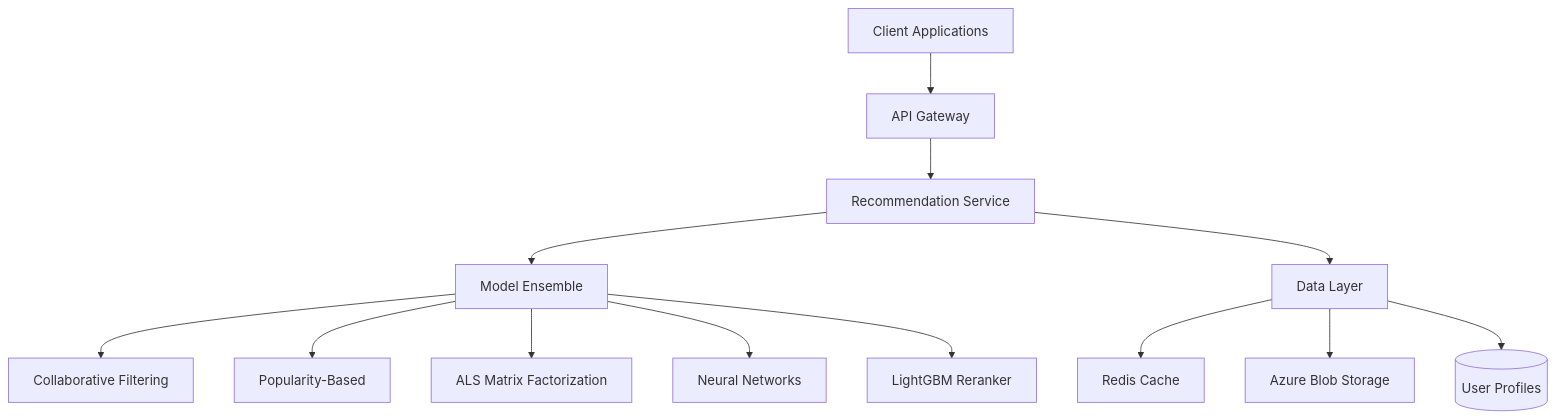
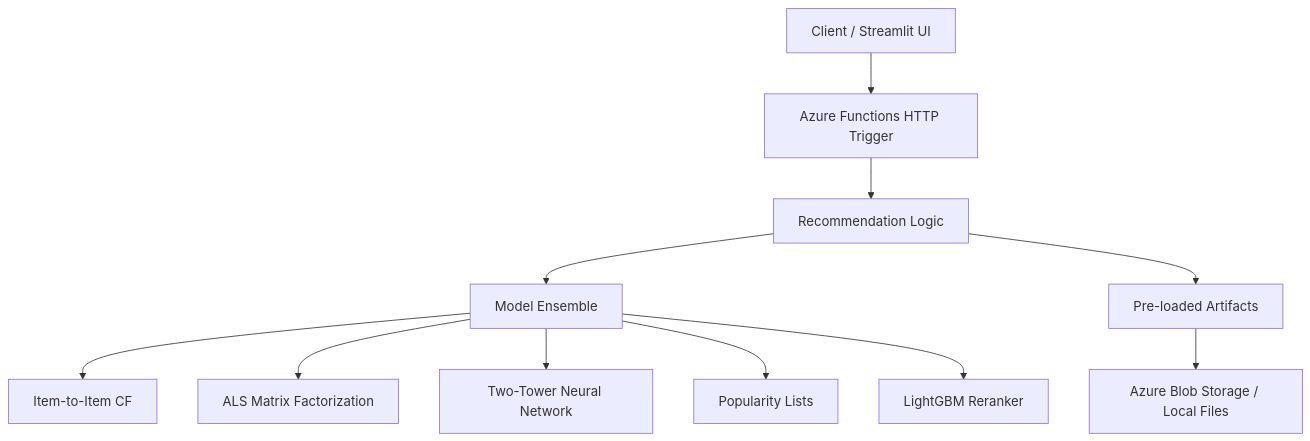
One commit to cool-machine/hybrid-recommendation-system changed the first of 3 diagrams in docs/architecture/README.md. Above: the diagram before and after it, drawn with Mermaid. The commit also changed other lines of this file and 9 other files, not shown here.

````diff
--- a/docs/architecture/README.md
+++ b/docs/architecture/README.md
@@ -7,17 +7,15 @@
 ```mermaid
 graph TB
-    Client[Client Applications] --> API[API Gateway]
-    API --> Service[Recommendation Service]
+    Client[Client / Streamlit UI] --> API[Azure Functions HTTP Trigger]
+    API --> Service[Recommendation Logic]
     Service --> Models[Model Ensemble]
-    Service --> Data[Data Layer]
+    Service --> Data[Pre-loaded Artifacts]
     
-    Models --> CF[Collaborative Filtering]
-    Models --> Pop[Popularity-Based]
+    Models --> CF[Item-to-Item CF]
     Models --> ALS[ALS Matrix Factorization]
-    Models --> NN[Neural Networks]
+    Models --> TT[Two-Tower Neural Network]
+    Models --> Pop[Popularity Lists]
     Models --> Rerank[LightGBM Reranker]
     
-    Data --> Cache[Redis Cache]
-    Data --> Storage[Azure Blob Storage]
-    Data --> DB[(User Profiles)]
+    Data --> Storage[Azure Blob Storage / Local Files]
 ```
````
